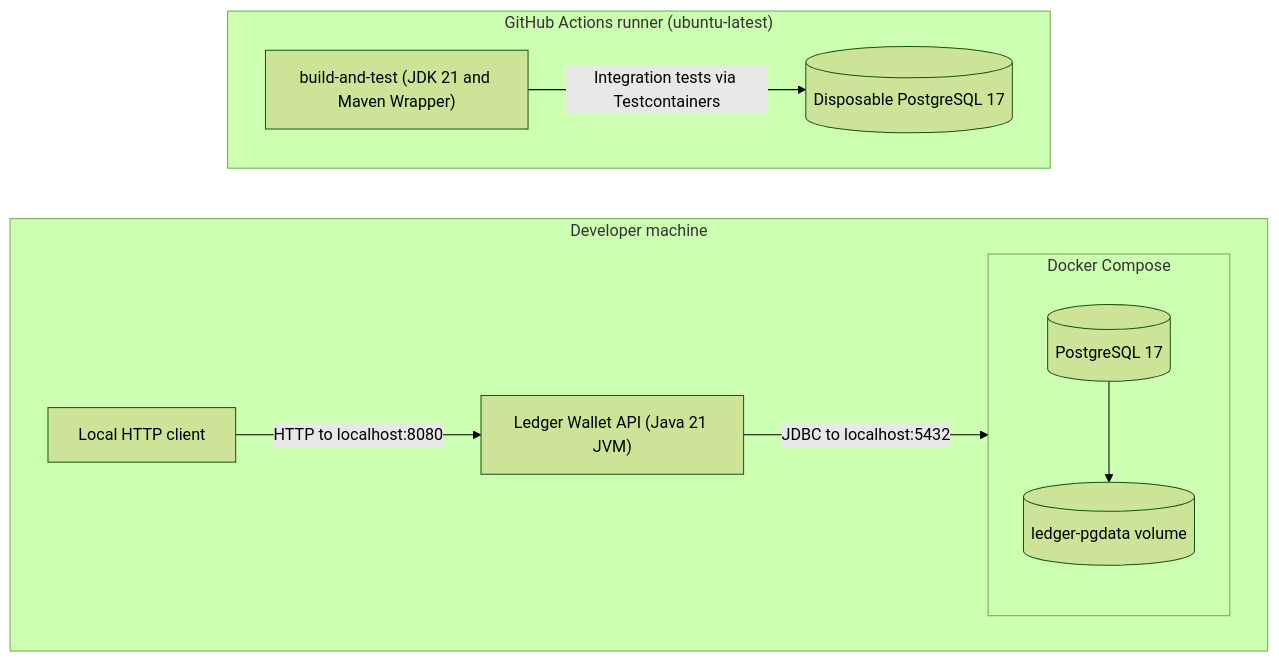
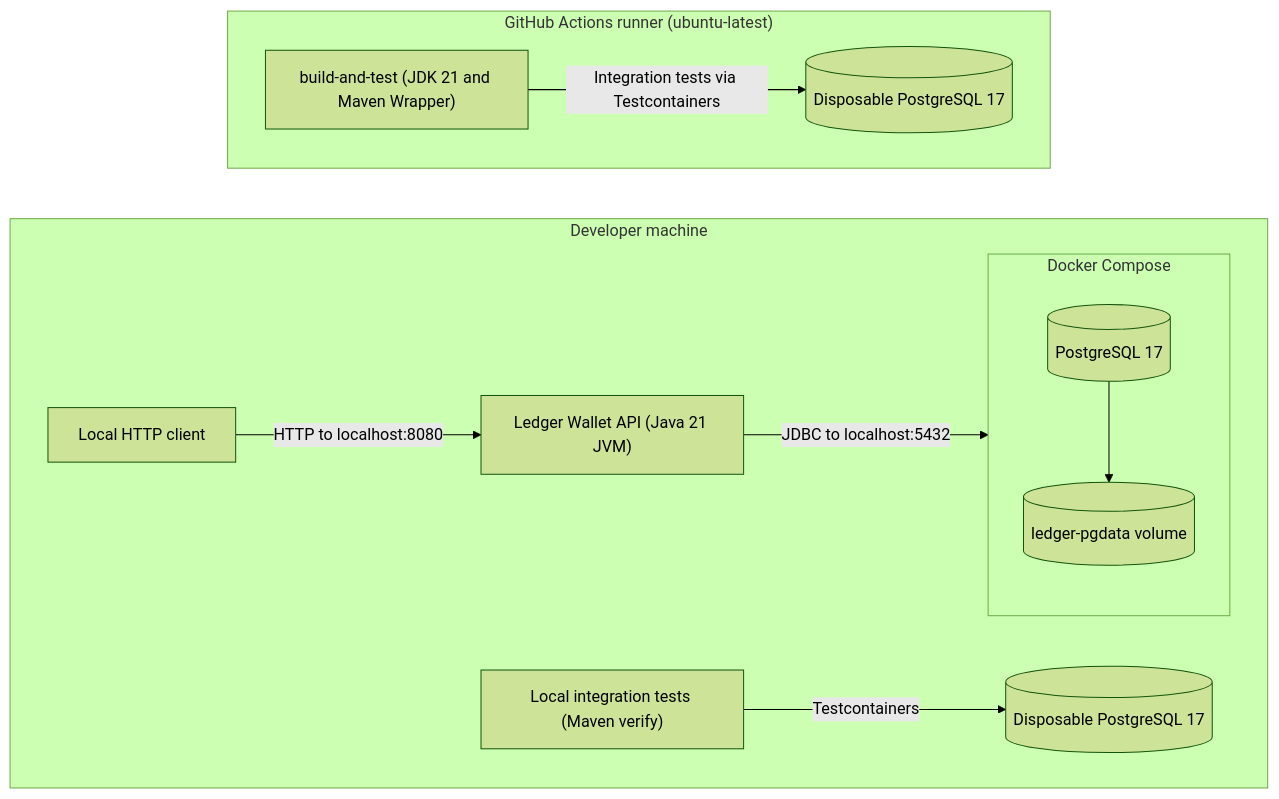
Before and after one commit to pranavg18/ledger-wallet-api: the diagram in docs/diagrams/deployment.mmd, drawn with Mermaid (forest theme). The commit also changed 1 other file, not shown here.

Commit message:
docs: show local Testcontainers deployment path (#38)

```diff
--- a/docs/diagrams/deployment.mmd
+++ b/docs/diagrams/deployment.mmd
@@ -1,21 +1,24 @@
 flowchart LR
     subgraph developer["Developer machine"]
         direction LR
         client["Local HTTP client"]
         api["Ledger Wallet API (Java 21 JVM)"]
         subgraph compose["Docker Compose"]
             direction TB
             localDb[("PostgreSQL 17")]
             localVolume[("ledger-pgdata volume")]
             localDb --> localVolume
         end
         client -->|"HTTP to localhost:8080"| api
         api -->|"JDBC to localhost:5432"| localDb
+        localTests["Local integration tests (Maven verify)"]
+        localTestDb[("Disposable PostgreSQL 17")]
+        localTests -->|"Testcontainers"| localTestDb
     end
 
     subgraph ci["GitHub Actions runner (ubuntu-latest)"]
         direction LR
         build["build-and-test (JDK 21 and Maven Wrapper)"]
         testDb[("Disposable PostgreSQL 17")]
         build -->|"Integration tests via Testcontainers"| testDb
     end
```
